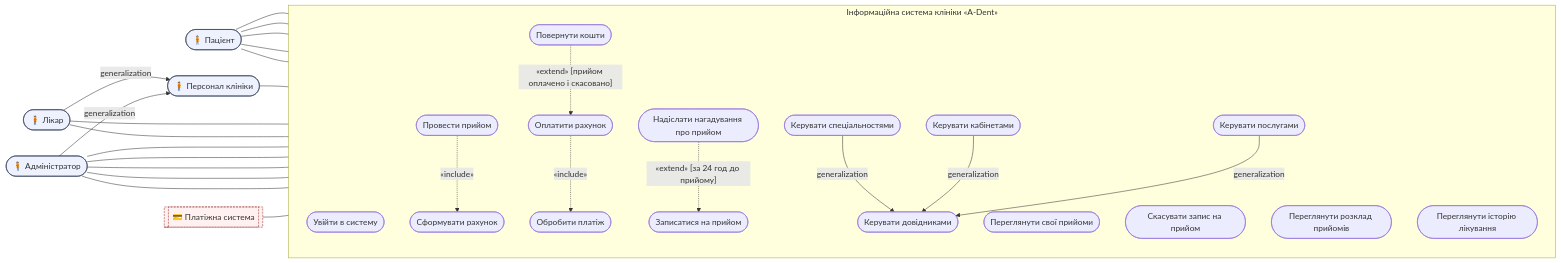
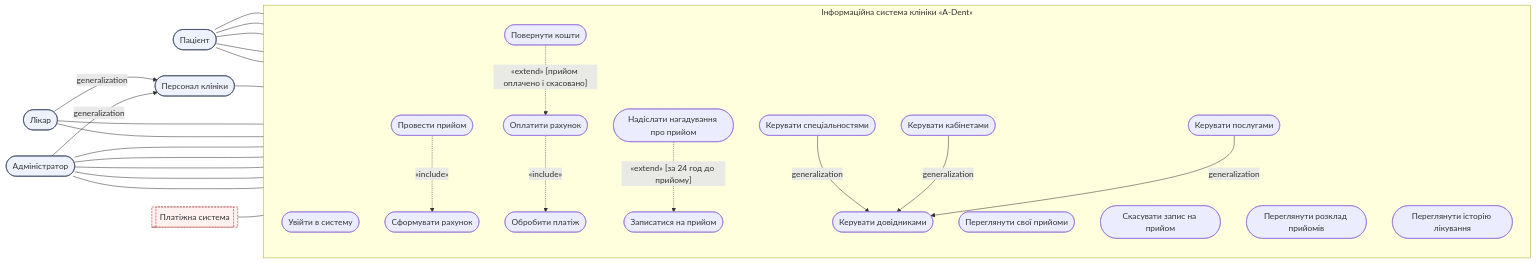
The diagram in use-case-diagram.mmd (dvsqwx/KPI), drawn with Mermaid before and after one commit.

Commit message:
Remove emoji

```diff
--- a/use-case-diagram.mmd
+++ b/use-case-diagram.mmd
@@ -1,84 +1,84 @@
 %% Use Case діаграма — «Приватна стоматологічна клініка A-Dent»
 %% Примітка щодо нотації: Mermaid не має єдиної стабільної across-renderer нотації
 %% класичного UML use-case (порожній трикутник генералізації, людські акторні "стіки").
 %% Тому діаграма побудована на flowchart, що гарантовано рендериться в будь-якій версії Mermaid:
 %%   - актори-люди: заокруглений прямокутник (stadium), клас actorHuman
 %%   - зовнішня система (Платіжна система): подвійна рамка (subroutine), клас actorSystem, пунктирна межа
 %%   - use case: овал (stadium) всередині підсистеми SYS
 %%   - асоціація актор–use case: звичайна лінія без стрілки
 %%   - «include»: пунктирна стрілка з підписом «include», від базового UC до включеного
 %%   - «extend»: пунктирна стрілка з підписом «extend», від розширення до базового UC
 %%   - генералізація: суцільна стрілка з підписом "generalization" (наближення — замінює порожній трикутник)
 
 flowchart LR
 
     %% ===== Актори =====
-    Patient(["🧍 Пацієнт"]):::actorHuman
-    Doctor(["🧍 Лікар"]):::actorHuman
-    Admin(["🧍 Адміністратор"]):::actorHuman
-    Staff(["🧍 Персонал клініки"]):::actorHuman
-    PaymentSys[["💳 Платіжна система"]]:::actorSystem
+    Patient([" Пацієнт"]):::actorHuman
+    Doctor([" Лікар"]):::actorHuman
+    Admin([" Адміністратор"]):::actorHuman
+    Staff([" Персонал клініки"]):::actorHuman
+    PaymentSys[[" Платіжна система"]]:::actorSystem
 
     %% Генералізація акторів: Лікар і Адміністратор — спеціалізації Персоналу клініки
     Doctor -->|"generalization"| Staff
     Admin -->|"generalization"| Staff
 
     %% ===== Межа системи =====
     subgraph SYS["Інформаційна система клініки «A-Dent»"]
         direction TB
 
         UC0(["Увійти в систему"])
 
         UC1(["Записатися на прийом"])
         UC2(["Переглянути свої прийоми"])
         UC3(["Скасувати запис на прийом"])
         UC4(["Переглянути розклад прийомів"])
         UC5(["Провести прийом"])
         UC6(["Сформувати рахунок"])
         UC7(["Оплатити рахунок"])
         UC8(["Обробити платіж"])
         UC9(["Повернути кошти"])
         UC10(["Надіслати нагадування про прийом"])
         UC11(["Переглянути історію лікування"])
 
         UC12(["Керувати довідниками"])
         UC12a(["Керувати спеціальностями"])
         UC12b(["Керувати кабінетами"])
         UC12c(["Керувати послугами"])
     end
 
     %% ===== Асоціації: Пацієнт =====
     Patient --- UC1
     Patient --- UC2
     Patient --- UC3
     Patient --- UC7
     Patient --- UC11
 
     %% ===== Асоціації: успадковано через Staff, плюс власні =====
     Staff --- UC0
     Doctor --- UC4
     Doctor --- UC5
     Admin --- UC1
     Admin --- UC3
     Admin --- UC4
     Admin --- UC9
     Admin --- UC12
 
     %% ===== Асоціація: зовнішня система =====
     PaymentSys --- UC8
 
     %% ===== Include (обов'язковий крок) =====
     UC5 -.->|"«include»"| UC6
     UC7 -.->|"«include»"| UC8
 
     %% ===== Extend (опційне розширення за умови) =====
     UC10 -.->|"«extend» [за 24 год до прийому]"| UC1
     UC9 -.->|"«extend» [прийом оплачено і скасовано]"| UC7
 
     %% ===== Генералізація use cases =====
     UC12a -->|"generalization"| UC12
     UC12b -->|"generalization"| UC12
     UC12c -->|"generalization"| UC12
 
     classDef actorHuman fill:#eef2ff,stroke:#33415c,stroke-width:1px;
     classDef actorSystem fill:#fff1f0,stroke:#9b2c2c,stroke-width:1px,stroke-dasharray:4 2;
```
